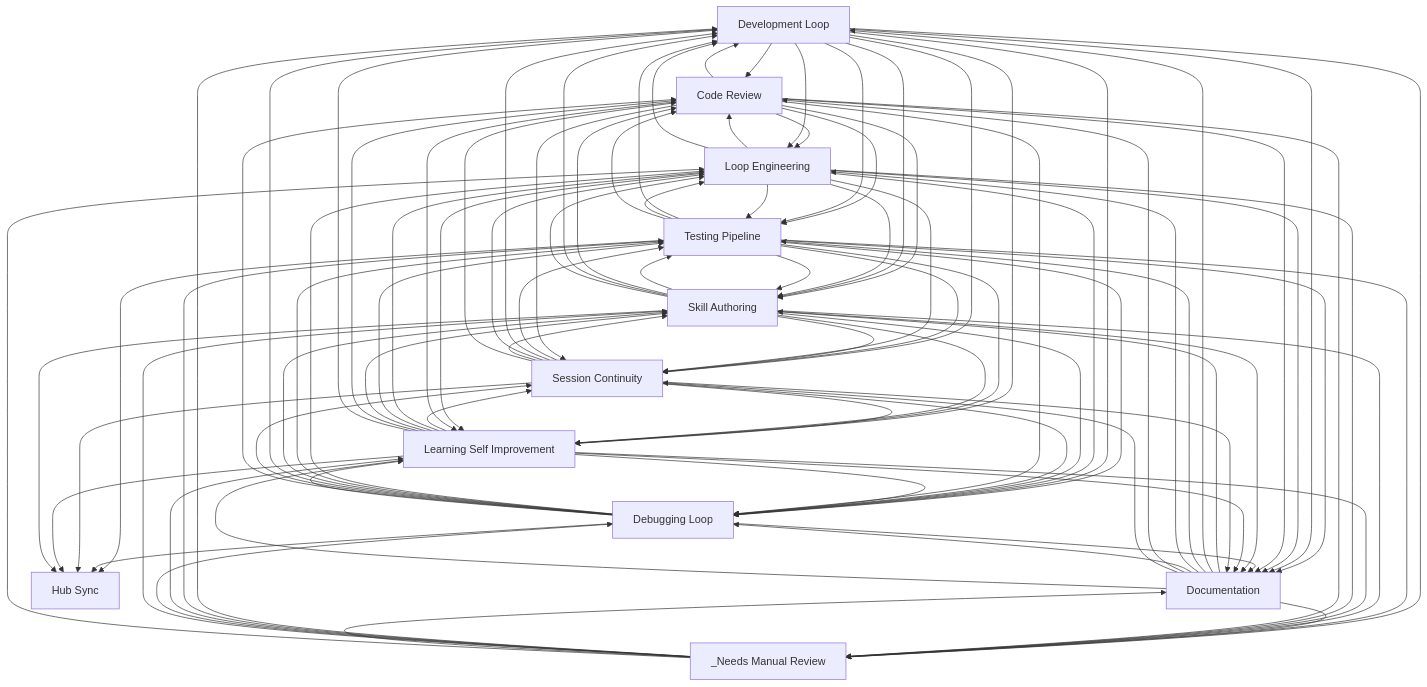
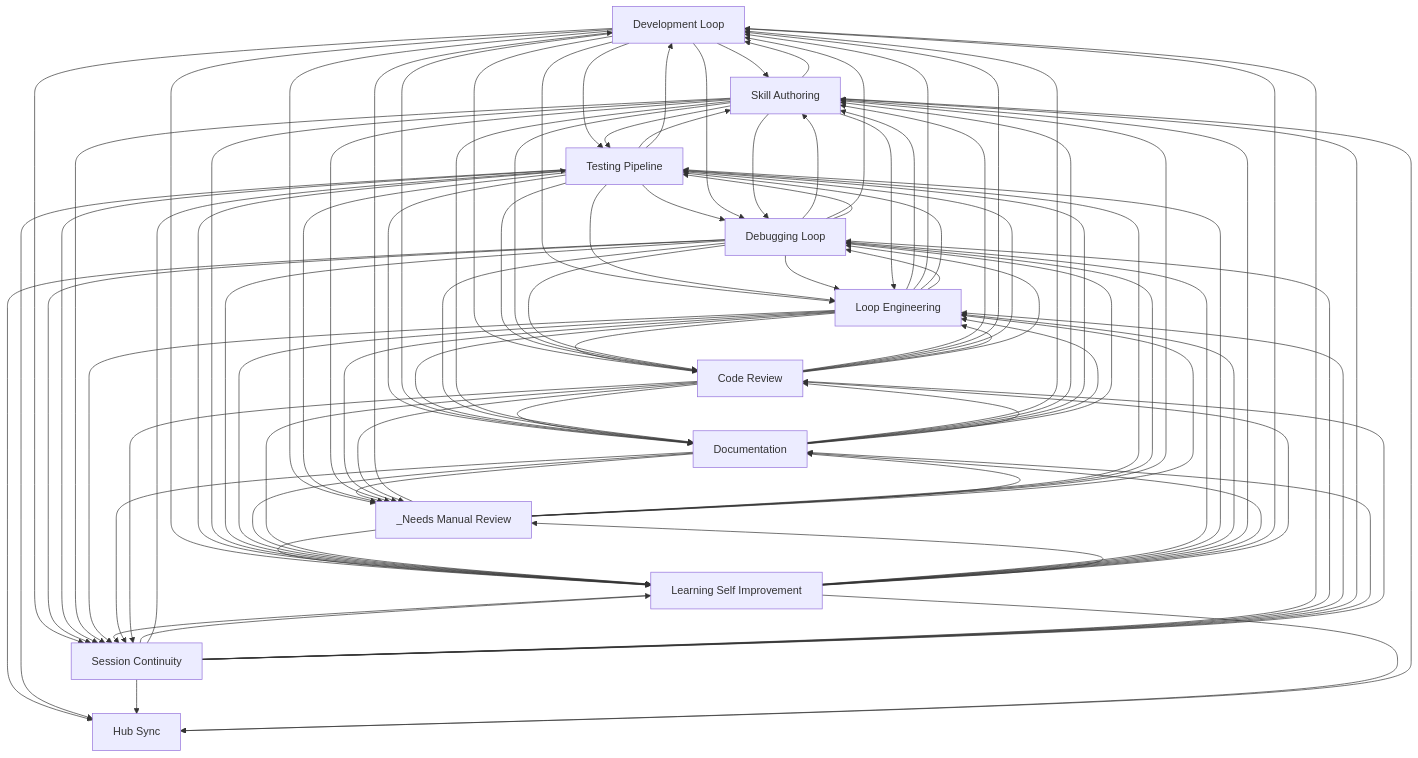
One commit to abhayla/claude-best-practices changed the diagram in docs/workflows/INDEX.md. Above: the diagram before and after it, drawn with Mermaid. The commit also changed other lines of this file and 13 other files, not shown here.

````diff
--- a/docs/workflows/INDEX.md
+++ b/docs/workflows/INDEX.md
@@ -33,62 +33,62 @@
     documentation[Documentation]
     hub_sync[Hub Sync]
     _needs_manual_review[_Needs Manual Review]
-    code_review --> loop_engineering
-    code_review --> testing_pipeline
+    development_loop --> skill_authoring
+    development_loop --> testing_pipeline
+    development_loop --> loop_engineering
+    development_loop --> code_review
+    loop_engineering --> skill_authoring
+    loop_engineering --> development_loop
+    loop_engineering --> testing_pipeline
+    loop_engineering --> code_review
     code_review --> skill_authoring
     code_review --> development_loop
-    development_loop --> code_review
-    development_loop --> loop_engineering
-    development_loop --> testing_pipeline
-    development_loop --> skill_authoring
-    loop_engineering --> code_review
-    loop_engineering --> testing_pipeline
-    loop_engineering --> skill_authoring
-    loop_engineering --> development_loop
+    code_review --> testing_pipeline
+    code_review --> loop_engineering
     skill_authoring --> testing_pipeline
     testing_pipeline --> skill_authoring
     _needs_manual_review --> development_loop
     _needs_manual_review --> testing_pipeline
     testing_pipeline --> development_loop
+    testing_pipeline --> debugging_loop
     testing_pipeline --> loop_engineering
-    testing_pipeline --> debugging_loop
+    testing_pipeline --> documentation
     testing_pipeline --> code_review
-    testing_pipeline --> documentation
-    debugging_loop --> loop_engineering
-    debugging_loop --> testing_pipeline
     debugging_loop --> skill_authoring
     debugging_loop --> development_loop
+    debugging_loop --> testing_pipeline
+    debugging_loop --> loop_engineering
     development_loop --> debugging_loop
     development_loop --> documentation
     loop_engineering --> documentation
-    skill_authoring --> code_review
     skill_authoring --> development_loop
     skill_authoring --> loop_engineering
+    skill_authoring --> code_review
+    documentation --> development_loop
     documentation --> skill_authoring
-    documentation --> development_loop
     documentation --> testing_pipeline
     development_loop --> _needs_manual_review
     testing_pipeline --> _needs_manual_review
     code_review --> documentation
+    development_loop --> learning_self_improvement
+    development_loop --> session_continuity
     session_continuity --> learning_self_improvement
     session_continuity --> testing_pipeline
-    development_loop --> learning_self_improvement
-    development_loop --> session_continuity
     _needs_manual_review --> learning_self_improvement
     testing_pipeline --> learning_self_improvement
     loop_engineering --> debugging_loop
+    debugging_loop --> hub_sync
+    debugging_loop --> session_continuity
     testing_pipeline --> hub_sync
     testing_pipeline --> session_continuity
-    debugging_loop --> hub_sync
-    debugging_loop --> session_continuity
+    debugging_loop --> documentation
     debugging_loop --> code_review
-    debugging_loop --> documentation
     skill_authoring --> session_continuity
     session_continuity --> development_loop
     skill_authoring --> learning_self_improvement
     skill_authoring --> debugging_loop
+    session_continuity --> debugging_loop
     session_continuity --> loop_engineering
-    session_continuity --> debugging_loop
     loop_engineering --> session_continuity
     _needs_manual_review --> debugging_loop
     debugging_loop --> learning_self_improvement
@@ -96,32 +96,32 @@
     _needs_manual_review --> skill_authoring
     _needs_manual_review --> documentation
     documentation --> _needs_manual_review
+    learning_self_improvement --> debugging_loop
+    learning_self_improvement --> testing_pipeline
+    learning_self_improvement --> loop_engineering
     learning_self_improvement --> session_continuity
-    learning_self_improvement --> loop_engineering
-    learning_self_improvement --> testing_pipeline
-    learning_self_improvement --> debugging_loop
     learning_self_improvement --> skill_authoring
+    learning_self_improvement --> documentation
+    learning_self_improvement --> development_loop
     learning_self_improvement --> code_review
-    learning_self_improvement --> development_loop
-    learning_self_improvement --> documentation
     skill_authoring --> _needs_manual_review
     session_continuity --> skill_authoring
     session_continuity --> hub_sync
+    session_continuity --> documentation
     session_continuity --> code_review
-    session_continuity --> documentation
     learning_self_improvement --> _needs_manual_review
     learning_self_improvement --> hub_sync
     skill_authoring --> hub_sync
     _needs_manual_review --> loop_engineering
     loop_engineering --> learning_self_improvement
     loop_engineering --> _needs_manual_review
-    code_review --> debugging_loop
     documentation --> loop_engineering
     documentation --> debugging_loop
+    code_review --> debugging_loop
     documentation --> code_review
+    documentation --> learning_self_improvement
+    documentation --> session_continuity
+    code_review --> learning_self_improvement
     code_review --> session_continuity
-    code_review --> learning_self_improvement
-    documentation --> session_continuity
-    documentation --> learning_self_improvement
     code_review --> _needs_manual_review
 ```
````
